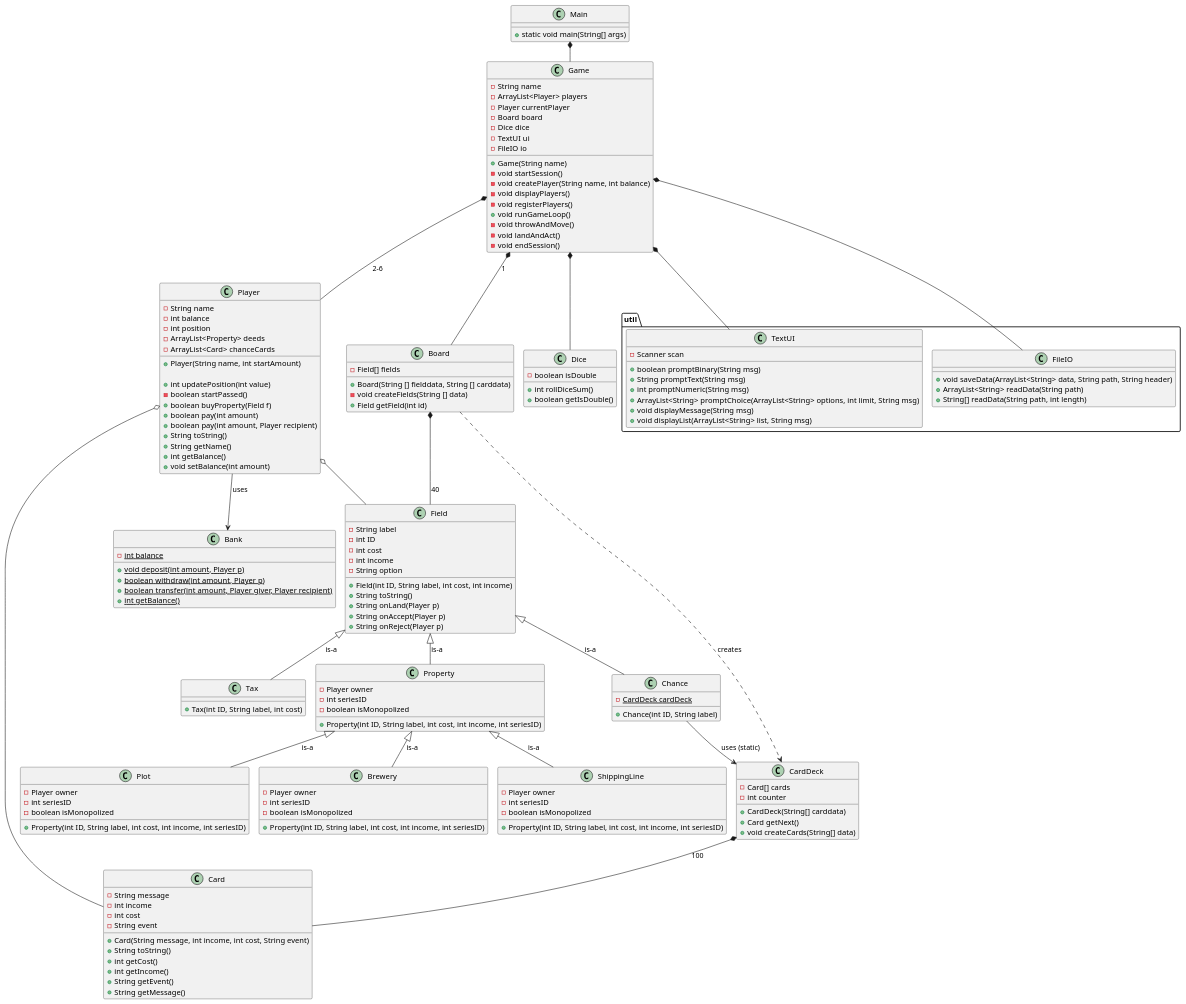
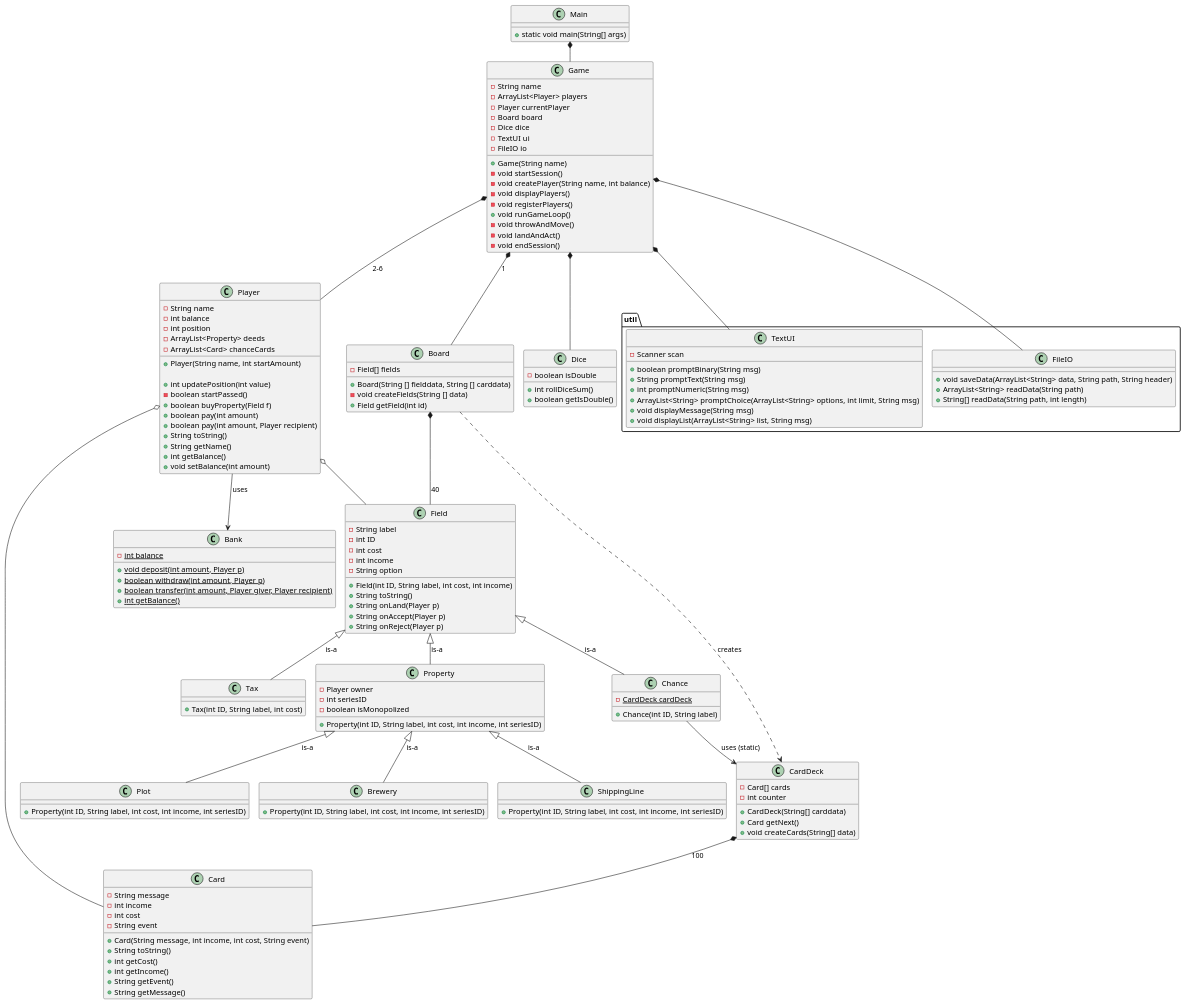
The diagram in doc/plan/static/classdiagram_v2.puml (Dat1Cphbusiness/MonopolyE25), drawn with PlantUML before and after one commit.

Commit message:
Updated UML

```diff
--- a/doc/plan/static/classdiagram_v2.puml
+++ b/doc/plan/static/classdiagram_v2.puml
@@ -1,181 +1,175 @@
 @startuml
 !pragma layout smetana
 
 class Main{
 + static void main(String[] args)
 }
 
 
 
 
 class Game{
  - String name
  - ArrayList<Player> players
  - Player currentPlayer
  - Board board
  - Dice dice
  'utilities
   - TextUI ui
   - FileIO io
   'Contructor
  + Game(String name)
  'Methods
  - void startSession()
  - void createPlayer(String name, int balance)
  - void displayPlayers()
  - void registerPlayers()
  + void runGameLoop()
  - void throwAndMove()
  - void landAndAct()
  - void endSession()
 
 }
 
 class Player{
 - String name
 - int balance
 - int position
 - ArrayList<Property> deeds
 - ArrayList<Card> chanceCards
 
 + Player(String name, int startAmount)
 
 + int updatePosition(int value)
 - boolean startPassed()
 + boolean buyProperty(Field f)
 + boolean pay(int amount)
 + boolean pay(int amount, Player recipient)
 + String toString()
 + String getName()
 + int getBalance()
 + void setBalance(int amount)
 }
 
 class Bank{
 - {static} int balance
 + {static} void deposit(int amount, Player p)
 + {static} boolean withdraw(int amount, Player p)
 + {static} boolean transfer(int amount, Player giver, Player recipient)
 + {static} int getBalance()
 }
 
 class Field{
  - String label
  - int ID
  - int cost
  - int income
  - String option
  + Field(int ID, String label, int cost, int income)
  + String toString()
  + String onLand(Player p)
  + String onAccept(Player p)
  + String onReject(Player p)
 }
 class Board{
  - Field[] fields
  + Board(String [] fielddata, String [] carddata)
 'konstruktoren instansierer CardDeck med carddata som argument og tildeler til Chance.cardDeck
  - void createFields(String [] data)
  + Field getField(int id)
 
 }
 
 class Property{
  - Player owner
  - int seriesID
  - boolean isMonopolized
  + Property(int ID, String label, int cost, int income, int seriesID)
 }
 
 class Plot{
- - Player owner
- - int seriesID
- - boolean isMonopolized
+
 
  + Property(int ID, String label, int cost, int income, int seriesID)
  }
 
  class Brewery{
-  - Player owner
-  - int seriesID
-  - boolean isMonopolized
+
   + Property(int ID, String label, int cost, int income, int seriesID)
   }
 
   class ShippingLine{
-   - Player owner
-   - int seriesID
-   - boolean isMonopolized
+
    + Property(int ID, String label, int cost, int income, int seriesID)
    }
 
 class Chance{
  - {static} CardDeck cardDeck
  + Chance(int ID, String label)
 }
 class Tax{
  + Tax(int ID, String label, int cost)
 }
 class CardDeck {
 - Card[] cards
 - int counter
 + CardDeck(String[] carddata)
 + Card getNext()
 + void createCards(String[] data)
 }
 class Card{
 -String message
 -int income
 -int cost
 -String event
 +Card(String message, int income, int cost, String event)
 +String toString()
 + int getCost()
 + int getIncome()
 + String getEvent()
 + String getMessage()
 }
 
 class Dice{
  - boolean isDouble
  +int rollDiceSum()
  +boolean getIsDouble()
  }
 package "util" {
 class TextUI {
 - Scanner scan
 + boolean promptBinary(String msg)
 + String promptText(String msg)
 + int promptNumeric(String msg)
 + ArrayList<String> promptChoice(ArrayList<String> options, int limit, String msg)
 + void displayMessage(String msg)
 + void displayList(ArrayList<String> list, String msg)
 }
 
 class FileIO{
 + void saveData(ArrayList<String> data, String path, String header)
 + ArrayList<String> readData(String path)
 + String[] readData(String path, int length)
 }
 }
 Field <|-- Property: is-a
 Field <|-- Chance: is-a
 Field <|-- Tax: is-a
 Property <|-- Plot: is-a
 Property <|-- Brewery: is-a
  Property <|-- ShippingLine: is-a
 Game *-- TextUI
 Main *-- Game
 Game *-- Player: 2-6
 Game *-- FileIO
 Player --> Bank:uses
 Game *-- Board:1
 Board *-- Field:40
 Board ..> CardDeck : creates
 Chance --> CardDeck : uses (static)
 CardDeck *-- Card:100
 Game *-- Dice
 Player o-- Card
 Player o-- Field
 
 @enduml
```
